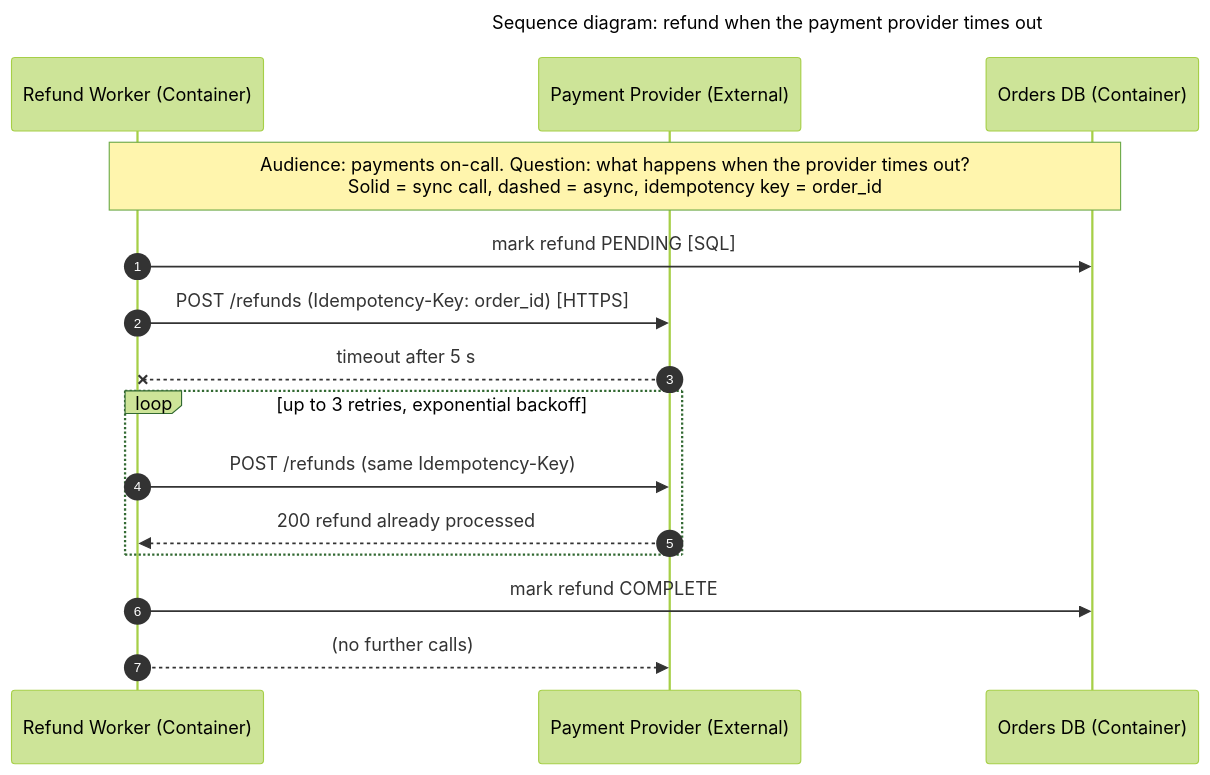
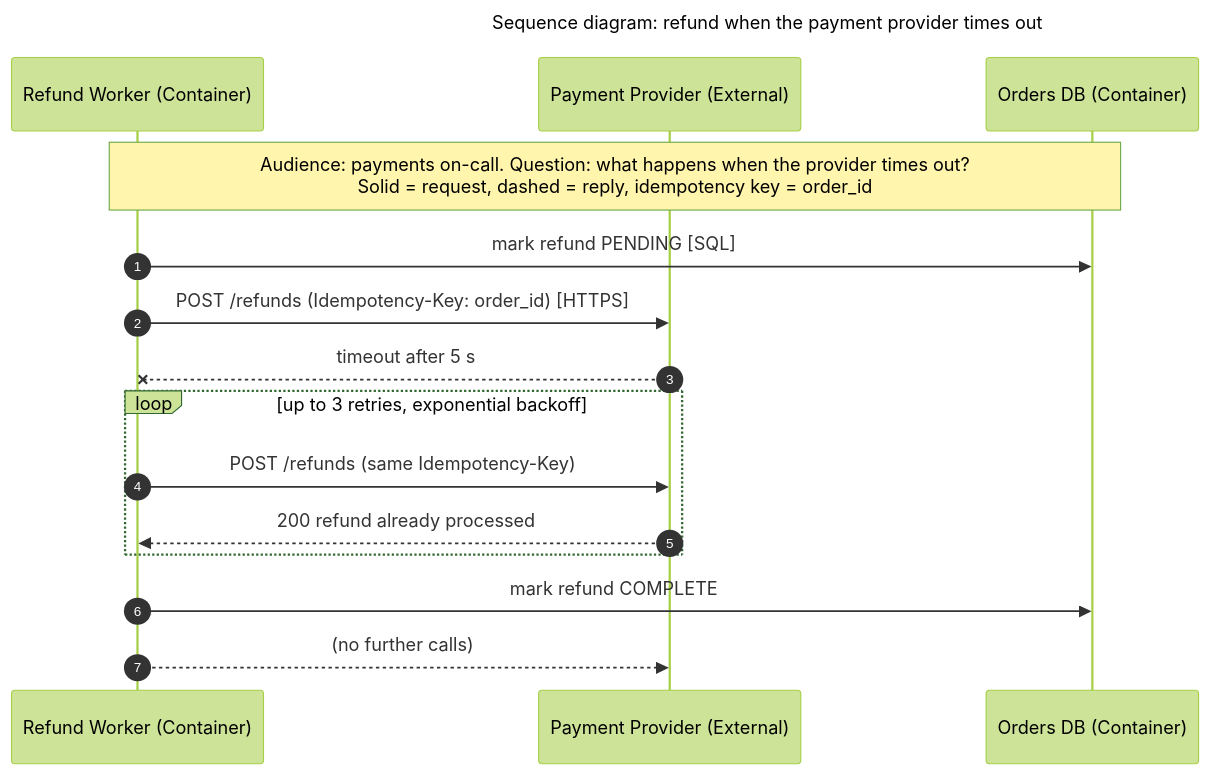
Before and after one commit to ivanv33/skills: the third of 5 diagrams in architecture-diagrams/assets/mermaid-examples.md, drawn with Mermaid (forest theme). The commit also changed other lines of this file and 1 other file, not shown here.

Commit message:
Tighten architecture-diagrams skill from eval findings
Scale prose to the request (a bare "add a diagram" ask gets diagrams and
a walkthrough, not a full Architecture section), require protocol tags on
queue, topic and replication arrows, and separate the sequence-diagram
line convention from the structural "dashed = async" rule since Mermaid
draws replies dashed.

Claude-Session: https://claude.ai/code/session_01SDcZxgA4pP5HU1GH3GhSm6

````diff
--- a/architecture-diagrams/assets/mermaid-examples.md
+++ b/architecture-diagrams/assets/mermaid-examples.md
@@ -88,21 +89,21 @@
 ```mermaid
 ---
 title: "Sequence diagram: refund when the payment provider times out"
 ---
 sequenceDiagram
     autonumber
     participant W as Refund Worker (Container)
     participant P as Payment Provider (External)
     participant D as Orders DB (Container)
 
-    Note over W,D: Audience: payments on-call. Question: what happens when the provider times out?<br/>Solid = sync call, dashed = async, idempotency key = order_id
+    Note over W,D: Audience: payments on-call. Question: what happens when the provider times out?<br/>Solid = request, dashed = reply, idempotency key = order_id
     W->>D: mark refund PENDING [SQL]
     W->>P: POST /refunds (Idempotency-Key: order_id) [HTTPS]
     P--xW: timeout after 5 s
     loop up to 3 retries, exponential backoff
         W->>P: POST /refunds (same Idempotency-Key)
         P-->>W: 200 refund already processed
     end
     W->>D: mark refund COMPLETE
     W-->>P: (no further calls)
 ```
````
